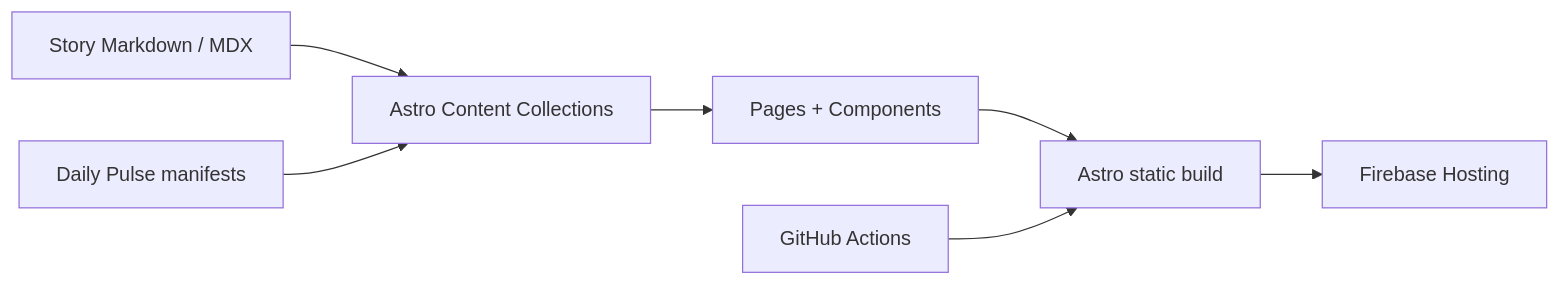
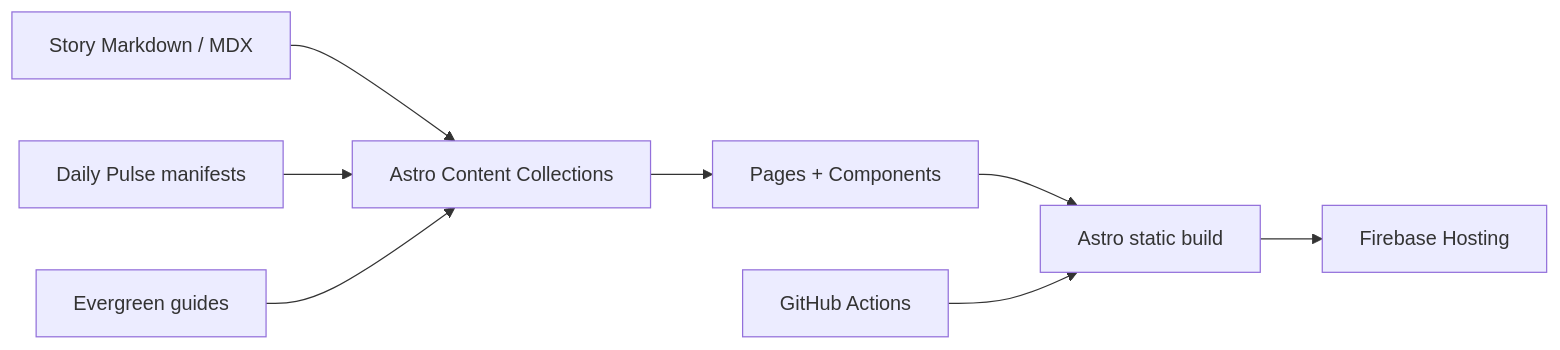
Before and after one commit to GadDev/daily-ai-pulse: the diagram in docs/ARCHITECTURE.md, drawn with Mermaid. The commit also changed other lines of this file and 14 other files, not shown here.

````diff
--- a/docs/ARCHITECTURE.md
+++ b/docs/ARCHITECTURE.md
@@ -7,9 +7,10 @@
 ```mermaid
 flowchart LR
   A[Story Markdown / MDX] --> C[Astro Content Collections]
   B[Daily Pulse manifests] --> C
+  H[Evergreen guides] --> C
   C --> D[Pages + Components]
   D --> E[Astro static build]
   E --> F[Firebase Hosting]
   G[GitHub Actions] --> E
 ```
````
